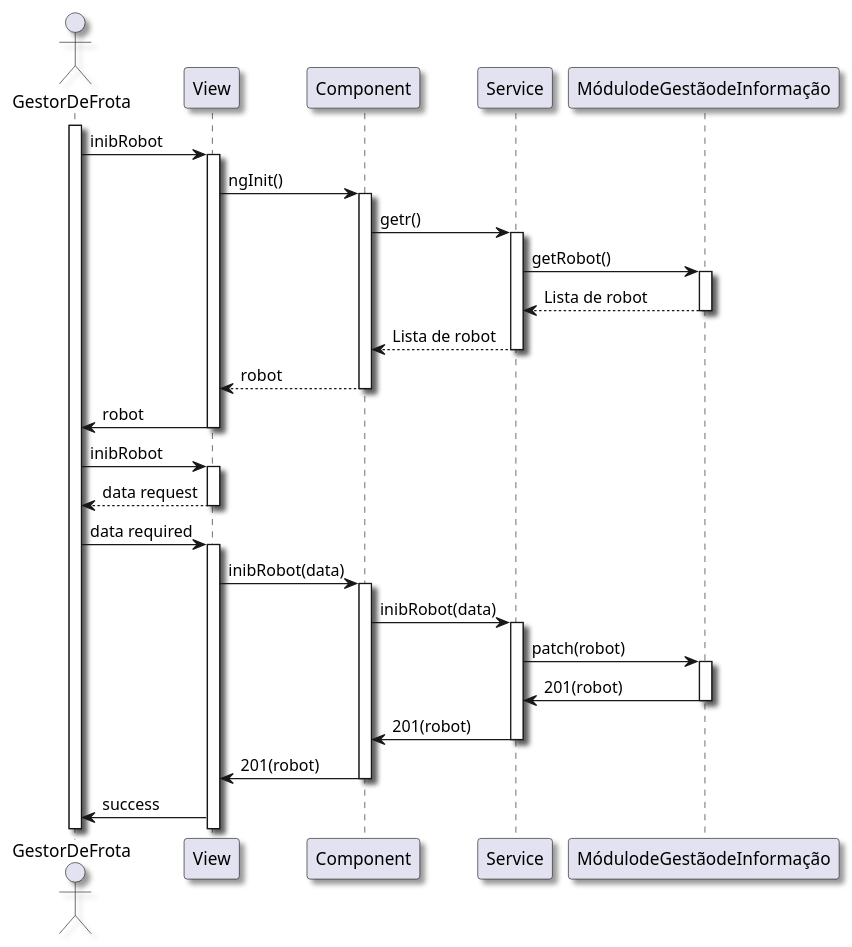
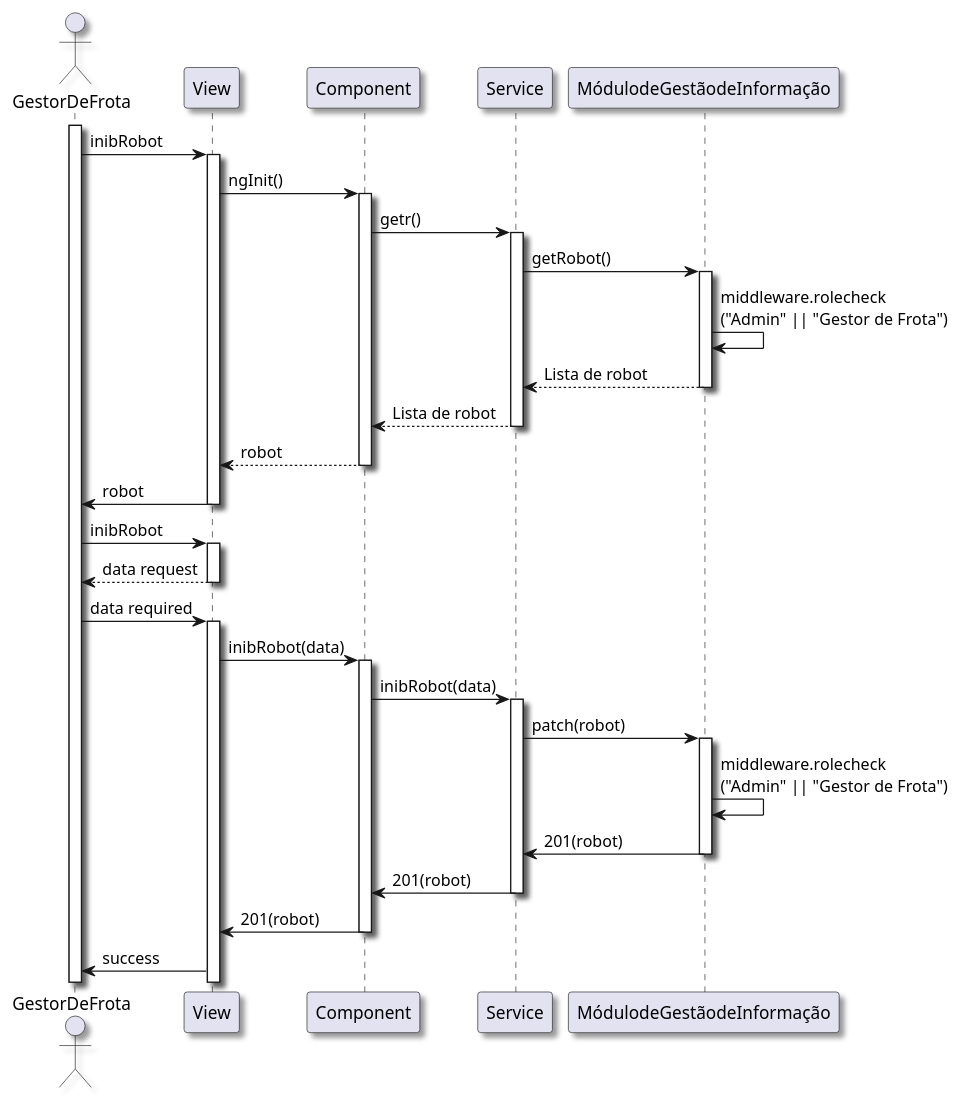
Before and after one commit to pedrocmesquita/RobDroneGo: the diagram in docs/SprintB/1210913/us1020/us1020-NVL3.puml, drawn with PlantUML. The commit also changed 3 other files, not shown here.

```diff
--- a/docs/SprintB/1210913/us1020/us1020-NVL3.puml
+++ b/docs/SprintB/1210913/us1020/us1020-NVL3.puml
@@ -1,48 +1,50 @@
 @startuml
 skinparam handwritten false
 skinparam monochrome false
 skinparam packageStyle rect
 skinparam defaultFontName FG Virgil
 skinparam shadowing true
 
 actor GestorDeFrota as GestorDeFrota
 
 activate GestorDeFrota
 GestorDeFrota -> View: inibRobot
 activate View
 View -> Component: ngInit()
 activate Component
 Component -> Service: getr()
 activate Service
 Service -> MódulodeGestãodeInformação : getRobot()
 activate MódulodeGestãodeInformação
+MódulodeGestãodeInformação -> MódulodeGestãodeInformação: middleware.rolecheck\n("Admin" || "Gestor de Frota")
 MódulodeGestãodeInformação --> Service : Lista de robot
 deactivate MódulodeGestãodeInformação
 Service --> Component : Lista de robot
 deactivate Service
 Component --> View : robot
 deactivate Component
 View -> GestorDeFrota: robot
 deactivate View
 
 GestorDeFrota -> View: inibRobot
 activate View
 View --> GestorDeFrota: data request
 deactivate View
 GestorDeFrota -> View: data required
 activate View
 View -> Component: inibRobot(data)
 activate Component
 Component -> Service: inibRobot(data)
 activate Service
 Service -> MódulodeGestãodeInformação: patch(robot)
 activate MódulodeGestãodeInformação
+MódulodeGestãodeInformação -> MódulodeGestãodeInformação: middleware.rolecheck\n("Admin" || "Gestor de Frota")
 MódulodeGestãodeInformação -> Service: 201(robot)
 deactivate MódulodeGestãodeInformação
 Service -> Component: 201(robot)
 deactivate Service
 Component -> View: 201(robot)
 deactivate Component
 View -> GestorDeFrota: success
 
 @enduml
```
